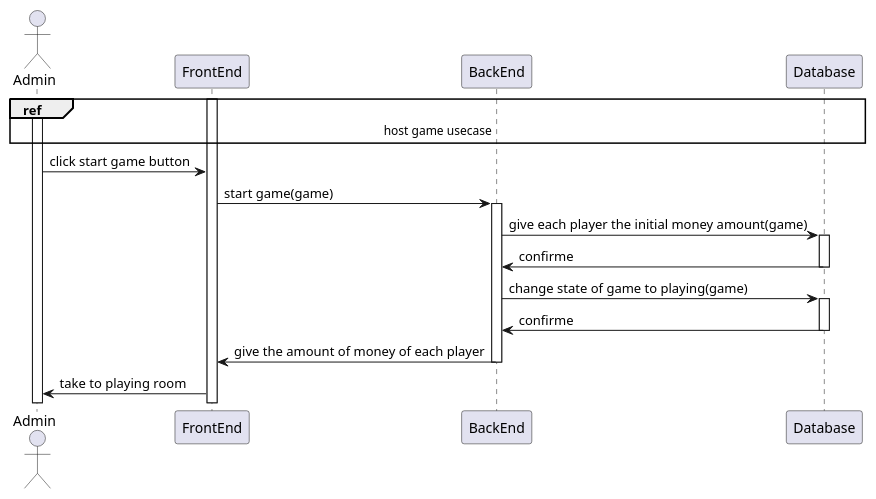
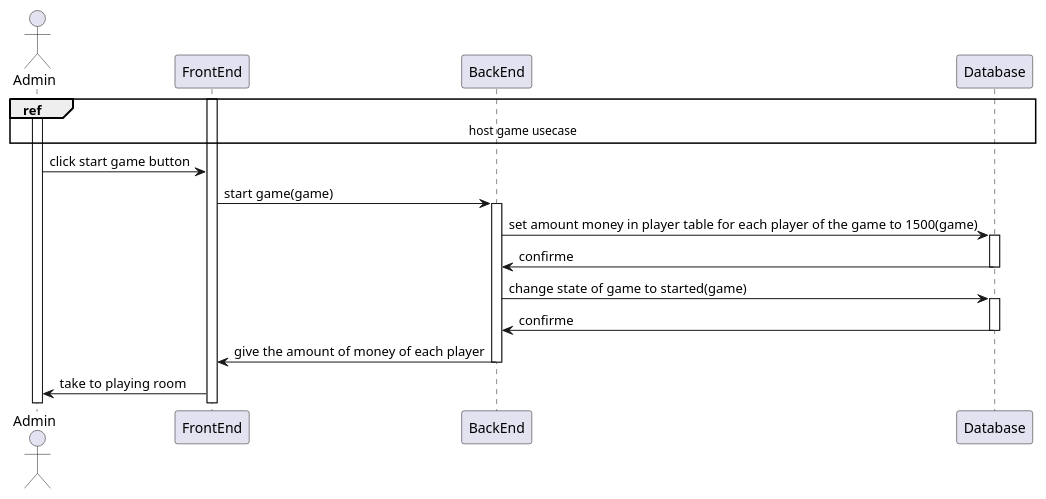
The diagram in detailedSDs/admin/start_game.wsd (monoploy-game/design), drawn with PlantUML before and after one commit.

Commit message:
updated start game to async with database

```diff
--- a/detailedSDs/admin/start_game.wsd
+++ b/detailedSDs/admin/start_game.wsd
@@ -1,32 +1,32 @@
 @startuml
 
 actor Admin
 
 Activate Admin
 Activate FrontEnd
 
 ref over Admin, FrontEnd, BackEnd, Database : host game usecase
 
 Admin ->  FrontEnd : click start game button
 
 FrontEnd -> BackEnd : start game(game)
 Activate BackEnd
 
-BackEnd -> Database : give each player the initial money amount(game)
+BackEnd -> Database : set amount money in player table for each player of the game to 1500(game)
 Activate Database
 
 Database -> BackEnd : confirme
 deactivate Database
 
-BackEnd -> Database : change state of game to playing(game)
+BackEnd -> Database : change state of game to started(game)
 Activate Database
 
 Database -> BackEnd : confirme
 deactivate Database
 
 BackEnd -> FrontEnd : give the amount of money of each player
 deactivate BackEnd
 
 FrontEnd -> Admin : take to playing room
 
 @enduml
```
